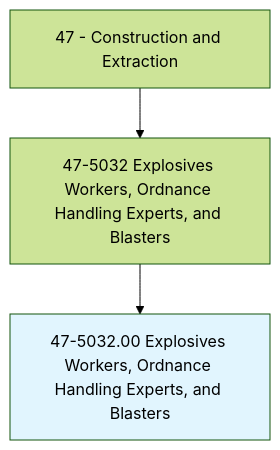
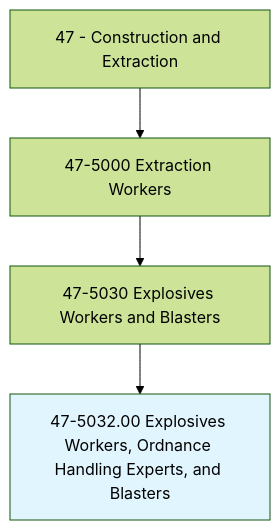
Before and after one commit to kziemski/business.org.ai: the first of 4 diagrams in occupations/Construction/ExplosivesWorkersOrdnanceHandlingExpertsAndBlasters.mdx, drawn with Mermaid (forest theme). The commit also changed other lines of this file and 938 other files, not shown here.

````diff
--- a/occupations/Construction/ExplosivesWorkersOrdnanceHandlingExpertsAndBlasters.mdx
+++ b/occupations/Construction/ExplosivesWorkersOrdnanceHandlingExpertsAndBlasters.mdx
@@ -19,6 +23,7 @@
 ```mermaid
 graph TD
-    Cat47["47 - Construction and Extraction"] --> Group475032["47-5032 Explosives Workers, Ordnance Handling Experts, and Blasters"]
-    Group475032 --> Current["47-5032.00 Explosives Workers, Ordnance Handling Experts, and Blasters"]
+    Cat47["47 - Construction and Extraction"] --> Group475["47-5000 Extraction Workers"]
+    Group475 --> Group4750["47-5030 Explosives Workers and Blasters"]
+    Group4750 --> Current["47-5032.00 Explosives Workers, Ordnance Handling Experts, and Blasters"]
     style Current fill:#e1f5fe
 ```
````
